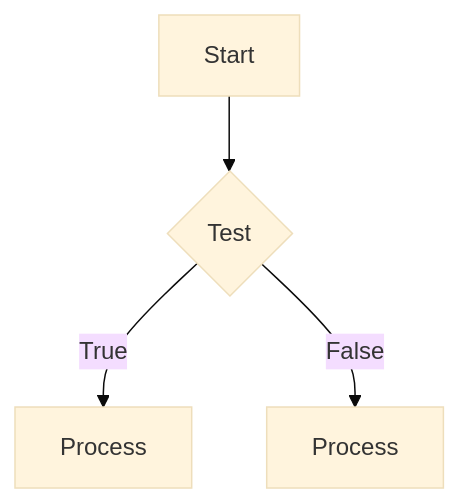
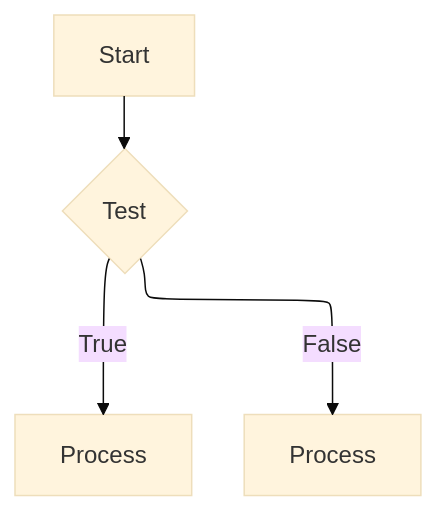
Before and after one commit to ArkarHein44/Flowchart: the third of 4 diagrams in README.MD, drawn with Mermaid (base theme). The commit also changed other lines of this file, not shown here.

````diff
--- a/README.MD
+++ b/README.MD
@@ -38,6 +38,6 @@
 ```mermaid
-flowchart TB
+flowchart-elk
 	A[Start] --> B{Test}
     B -- True --> C[Process]
     B -- False --> D[Process]
 ```
````
